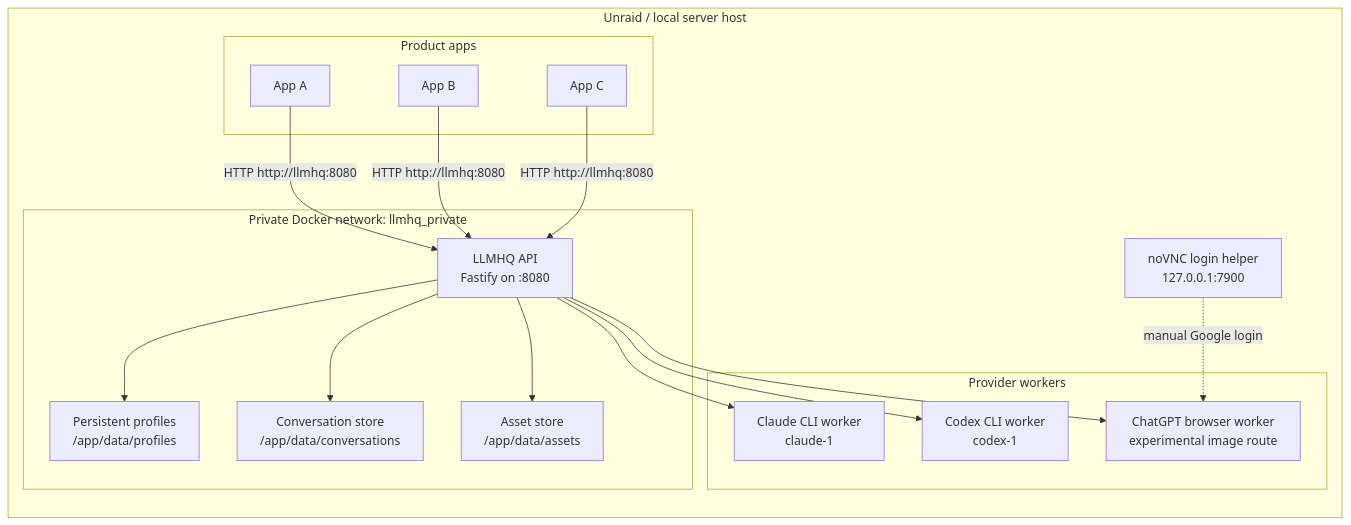
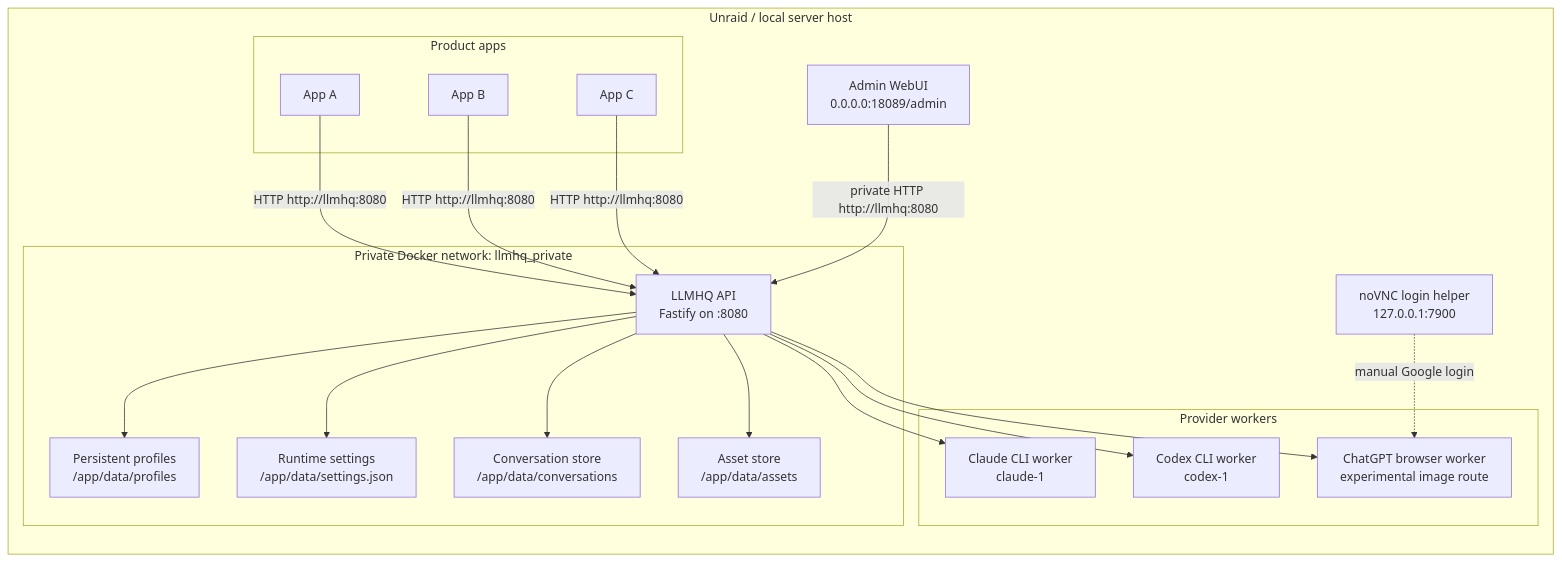
Before and after one commit to rester159/LLMHQ: the first of 3 diagrams in planning/technical-architecture.md, drawn with Mermaid. The commit also changed other lines of this file and 13 other files, not shown here.

Commit message:
Make admin settings update live runtime

````diff
--- a/planning/technical-architecture.md
+++ b/planning/technical-architecture.md
@@ -11,37 +11,42 @@
 ```mermaid
 flowchart LR
   subgraph Host["Unraid / local server host"]
     subgraph Apps["Product apps"]
       AppA["App A"]
       AppB["App B"]
       AppC["App C"]
     end
 
     subgraph DockerNet["Private Docker network: llmhq_private"]
       LLMHQ["LLMHQ API\nFastify on :8080"]
       Profiles["Persistent profiles\n/app/data/profiles"]
+      Settings["Runtime settings\n/app/data/settings.json"]
       Conversations["Conversation store\n/app/data/conversations"]
       Assets["Asset store\n/app/data/assets"]
     end
+
+    WebUI["Admin WebUI\n0.0.0.0:18089/admin"]
 
     subgraph Workers["Provider workers"]
       Claude["Claude CLI worker\nclaude-1"]
       Codex["Codex CLI worker\ncodex-1"]
       ChatGPT["ChatGPT browser worker\nexperimental image route"]
     end
 
     NoVNC["noVNC login helper\n127.0.0.1:7900"]
   end
 
   AppA -->|"HTTP http://llmhq:8080"| LLMHQ
   AppB -->|"HTTP http://llmhq:8080"| LLMHQ
   AppC -->|"HTTP http://llmhq:8080"| LLMHQ
 
   LLMHQ --> Profiles
+  LLMHQ --> Settings
   LLMHQ --> Conversations
   LLMHQ --> Assets
+  WebUI -->|"private HTTP http://llmhq:8080"| LLMHQ
   LLMHQ --> Claude
   LLMHQ --> Codex
   LLMHQ --> ChatGPT
   NoVNC -. "manual Google login" .-> ChatGPT
 ```
````
